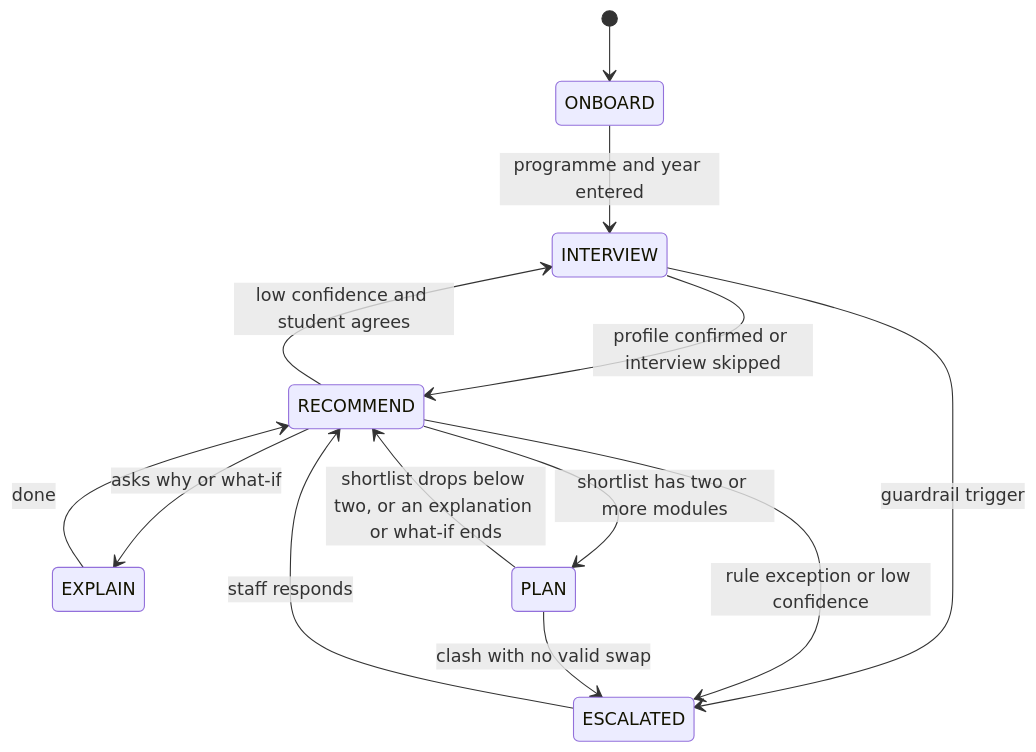
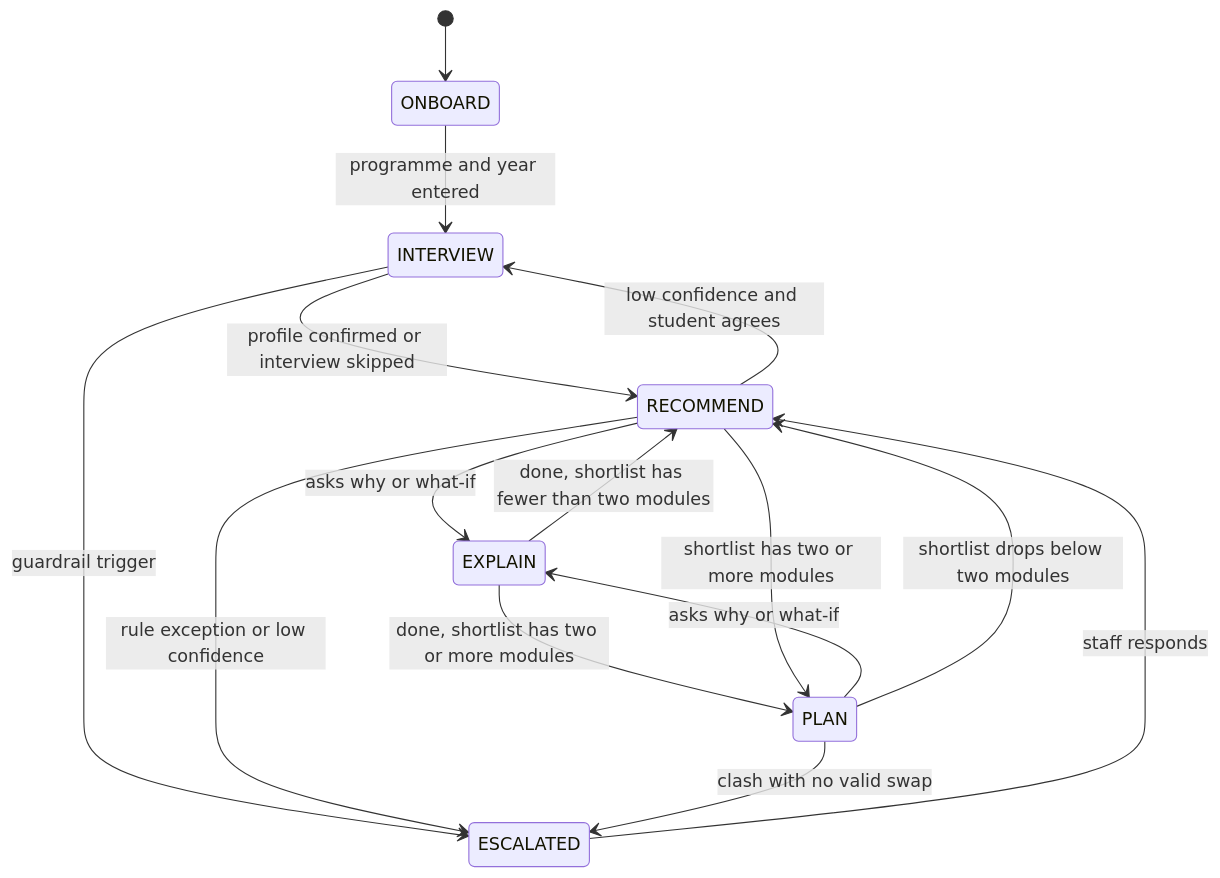
The second of 2 diagrams in MODULE_MATCHER_SPEC.md (arnavpopley/imperial-ai-hack), drawn with Mermaid before and after one commit. The commit also changed 8 other files, not shown here.

Commit message:
PLAN can go to EXPLAIN and back by shortlist size, and chat shortlist commands act only on modules they name exactly or strongly (#57)

````diff
--- a/MODULE_MATCHER_SPEC.md
+++ b/MODULE_MATCHER_SPEC.md
@@ -649,15 +649,17 @@
 ```mermaid
 stateDiagram-v2
   [*] --> ONBOARD
   ONBOARD --> INTERVIEW: programme and year entered
   INTERVIEW --> RECOMMEND: profile confirmed or interview skipped
   RECOMMEND --> EXPLAIN: asks why or what-if
-  EXPLAIN --> RECOMMEND: done
+  EXPLAIN --> RECOMMEND: done, shortlist has fewer than two modules
+  EXPLAIN --> PLAN: done, shortlist has two or more modules
   RECOMMEND --> INTERVIEW: low confidence and student agrees
   RECOMMEND --> PLAN: shortlist has two or more modules
-  PLAN --> RECOMMEND: shortlist drops below two, or an explanation or what-if ends
+  PLAN --> EXPLAIN: asks why or what-if
+  PLAN --> RECOMMEND: shortlist drops below two modules
   INTERVIEW --> ESCALATED: guardrail trigger
   RECOMMEND --> ESCALATED: rule exception or low confidence
   PLAN --> ESCALATED: clash with no valid swap
   ESCALATED --> RECOMMEND: staff responds
 ```
````
